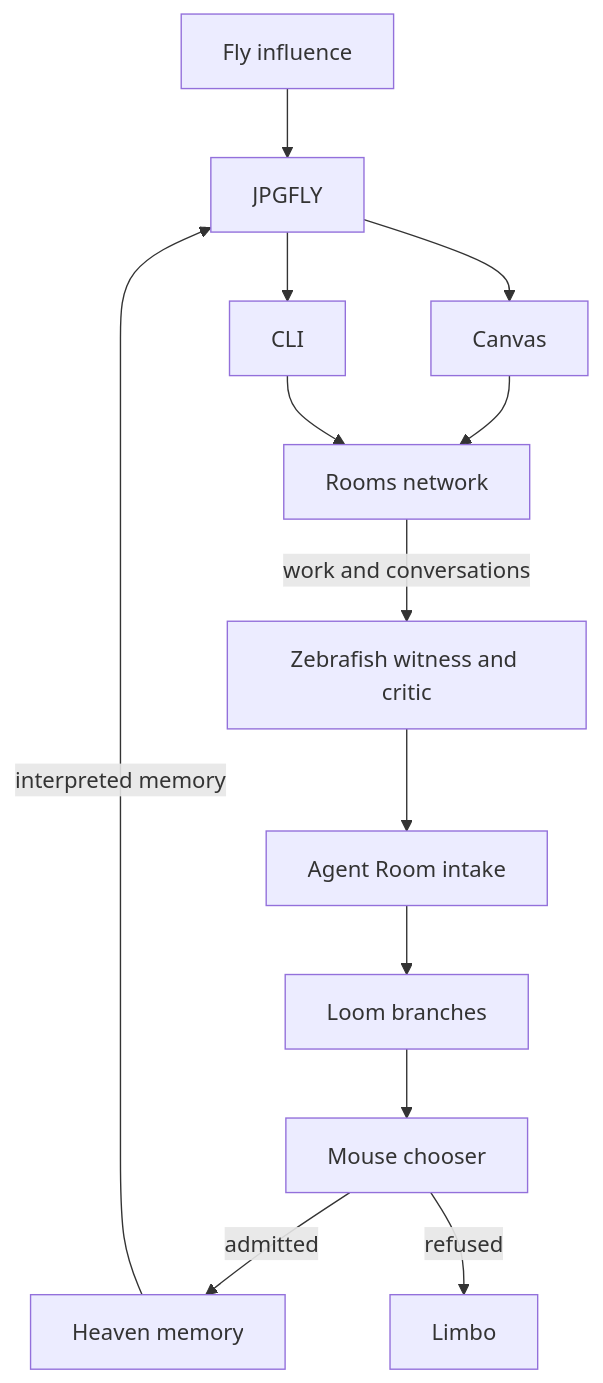
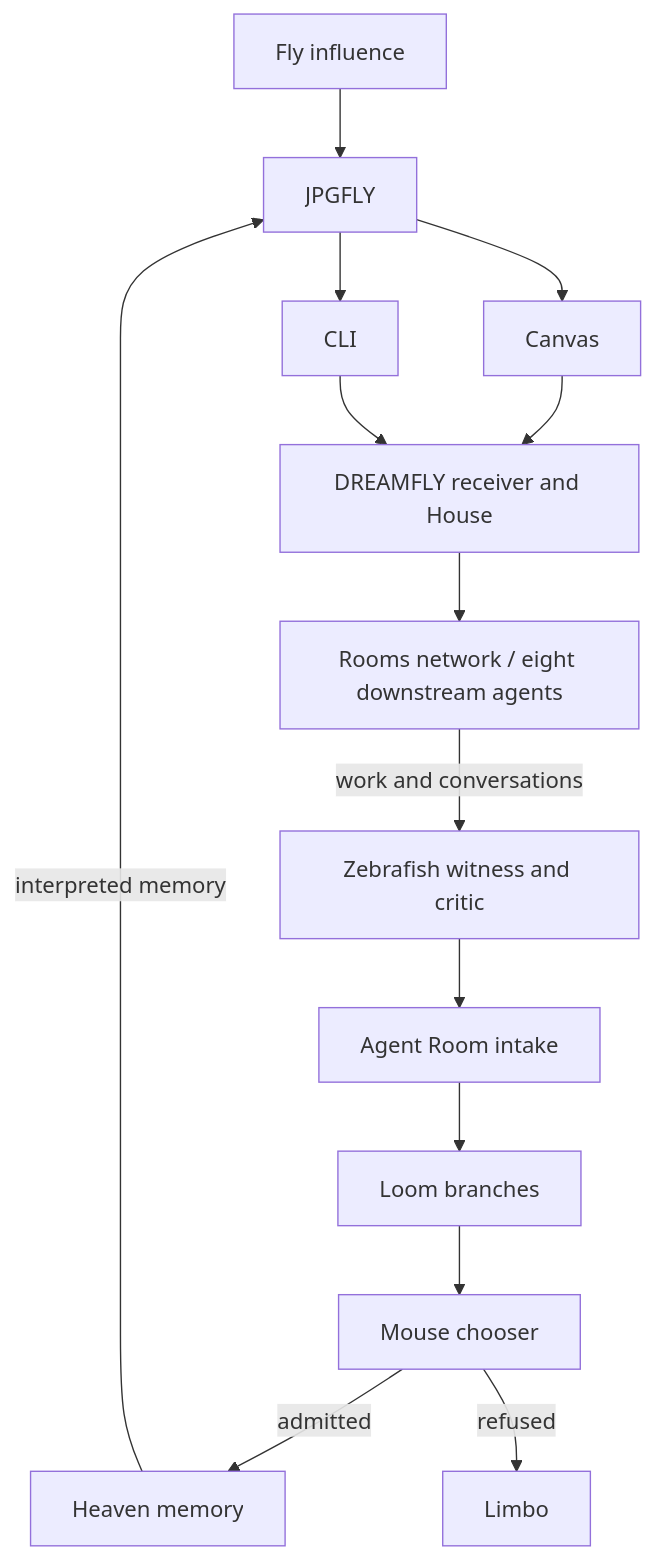
The second of 2 diagrams in README.md (M0N191/jpgfly), drawn with Mermaid before and after one commit. The commit also changed other lines of this file, not shown here.

Commit message:
docs: clarify DREAMFLY House role in the Rooms handoff

````diff
--- a/README.md
+++ b/README.md
@@ -127,15 +127,16 @@
 ```mermaid
 flowchart TD
     Fly["Fly influence"] --> JPG["JPGFLY"]
     JPG --> Paint["Canvas"]
     JPG --> CLI["CLI"]
-    Paint --> Rooms["Rooms network"]
-    CLI --> Rooms
+    Paint --> Handoff["DREAMFLY receiver and House"]
+    CLI --> Handoff
+    Handoff --> Rooms["Rooms network / eight downstream agents"]
     Rooms -->|"work and conversations"| Zebra["Zebrafish witness and critic"]
     Zebra --> Gate["Agent Room intake"]
     Gate --> Loom["Loom branches"]
     Loom --> Mouse["Mouse chooser"]
     Mouse -->|"admitted"| Heaven["Heaven memory"]
     Mouse -->|"refused"| Limbo["Limbo"]
     Heaven -->|"interpreted memory"| JPG
 ```
````
